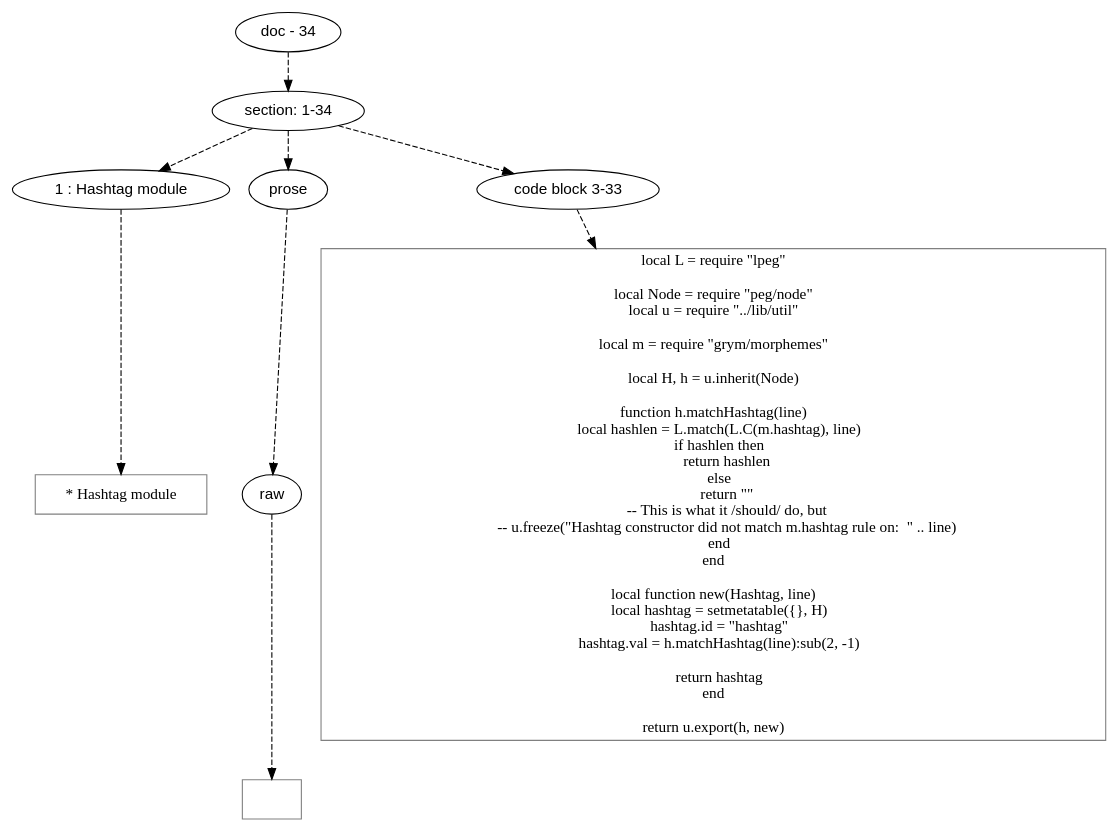
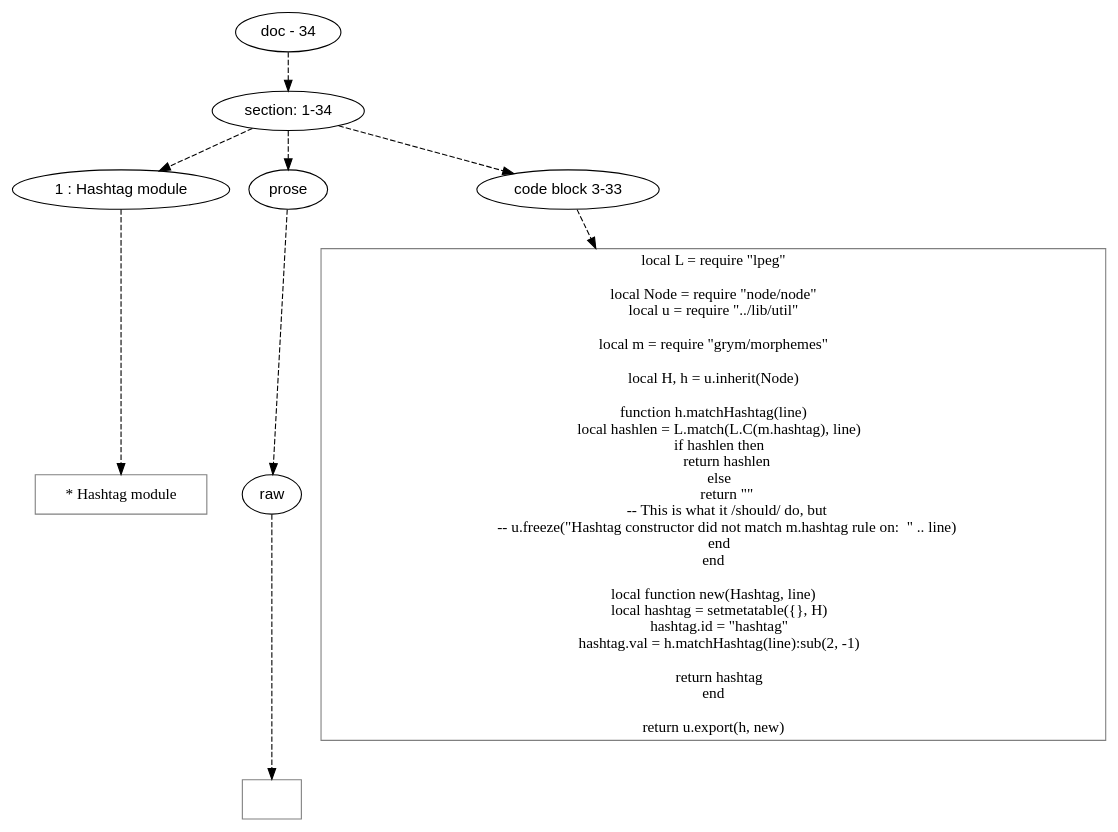
The diagram in doc/dot/grym/hashtag.dot (mnemnion/orb), drawn with Graphviz before and after one commit. The commit also changed 29 other files, not shown here.

Commit message:
No longer use peg/node

```diff
--- a/doc/dot/grym/hashtag.dot
+++ b/doc/dot/grym/hashtag.dot
@@ -1,67 +1,67 @@
 digraph hierarchy {
 
 node [fontname=Helvetica]
 edge [style=dashed]
 
 doc_0 [label="doc - 34"]
 
 
 doc_0 -> { section_1}
 {rank=same; section_1}
 
 section_1 [label="section: 1-34"]
 
 
 section_1 -> { header_2 prose_3 codeblock_4}
 {rank=same; header_2 prose_3 codeblock_4}
 
 header_2 [label="1 : Hashtag module"]
 
 prose_3 [label="prose"]
 
 codeblock_4 [label="code block 3-33"]
 
 
 header_2 -> leaf_5
 leaf_5  [color=Gray,shape=rectangle,fontname=Inconsolata,label=" * Hashtag module"]
 prose_3 -> { raw_6}
 {rank=same; raw_6}
 
 raw_6 [label="raw"]
 
 
 raw_6 -> leaf_7
 leaf_7  [color=Gray,shape=rectangle,fontname=Inconsolata,label="
 "]
 codeblock_4 -> leaf_8
 leaf_8  [color=Gray,shape=rectangle,fontname=Inconsolata,label="local L = require \"lpeg\"
 
-local Node = require \"peg/node\"
+local Node = require \"node/node\"
 local u = require \"../lib/util\"
 
 local m = require \"grym/morphemes\"
 
 local H, h = u.inherit(Node)
 
 function h.matchHashtag(line)
     local hashlen = L.match(L.C(m.hashtag), line)
     if hashlen then
         return hashlen
     else
         return \"\"
         -- This is what it /should/ do, but
         -- u.freeze(\"Hashtag constructor did not match m.hashtag rule on:  \" .. line)
     end
 end
 
 local function new(Hashtag, line)
     local hashtag = setmetatable({}, H)
     hashtag.id = \"hashtag\"
     hashtag.val = h.matchHashtag(line):sub(2, -1)
 
     return hashtag
 end
 
 return u.export(h, new)"]
 
 }
```
